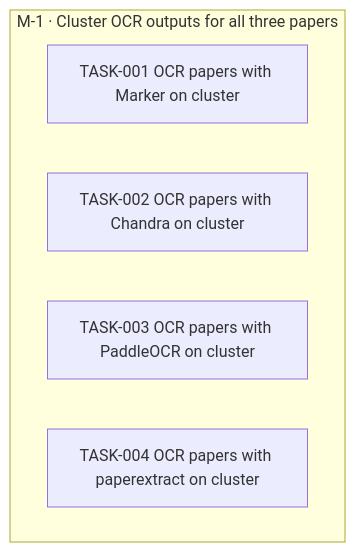
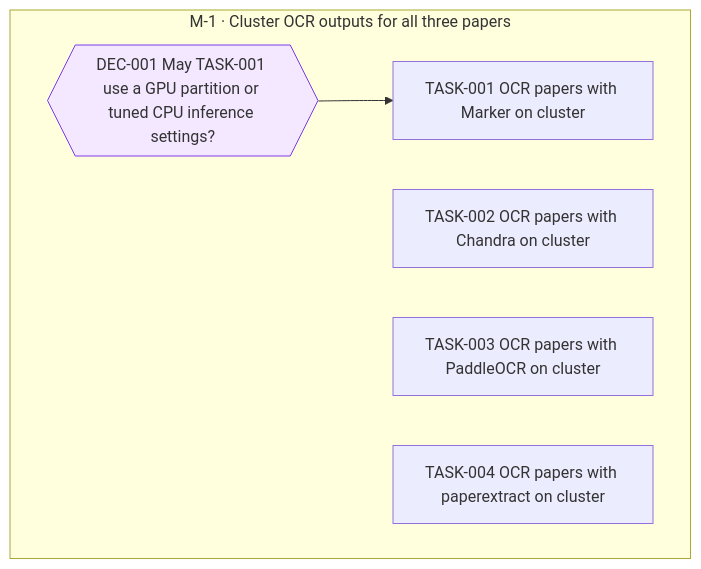
One commit to jesusvillota/replicate changed the diagram in goals/ocr-cluster/README.md. Above: the diagram before and after it, drawn with Mermaid. The commit also changed 3 other files, not shown here.

Commit message:
goal(ocr-cluster): request DEC-001 from TASK-001

````diff
--- a/goals/ocr-cluster/README.md
+++ b/goals/ocr-cluster/README.md
@@ -19,12 +19,15 @@
 ```mermaid
 flowchart TD
   subgraph M_1["M-1 · Cluster OCR outputs for all three papers"]
+    DEC_001{{"DEC-001 May TASK-001 use a GPU partition or tuned CPU inference settings?"}}
     TASK_001["TASK-001 OCR papers with Marker on cluster"]
     TASK_002["TASK-002 OCR papers with Chandra on cluster"]
     TASK_003["TASK-003 OCR papers with PaddleOCR on cluster"]
     TASK_004["TASK-004 OCR papers with paperextract on cluster"]
   end
+  DEC_001 --> TASK_001
   classDef draft stroke-dasharray: 4 3
   classDef cancelled opacity:0.45
   classDef decision fill:#f3e8ff,stroke:#7c3aed
+  class DEC_001 decision
 ```
````
